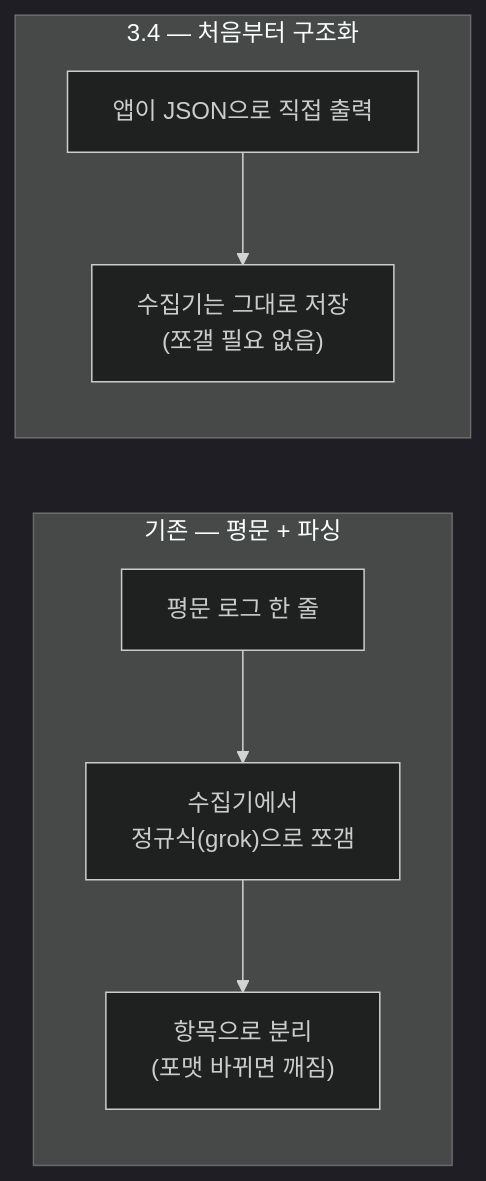
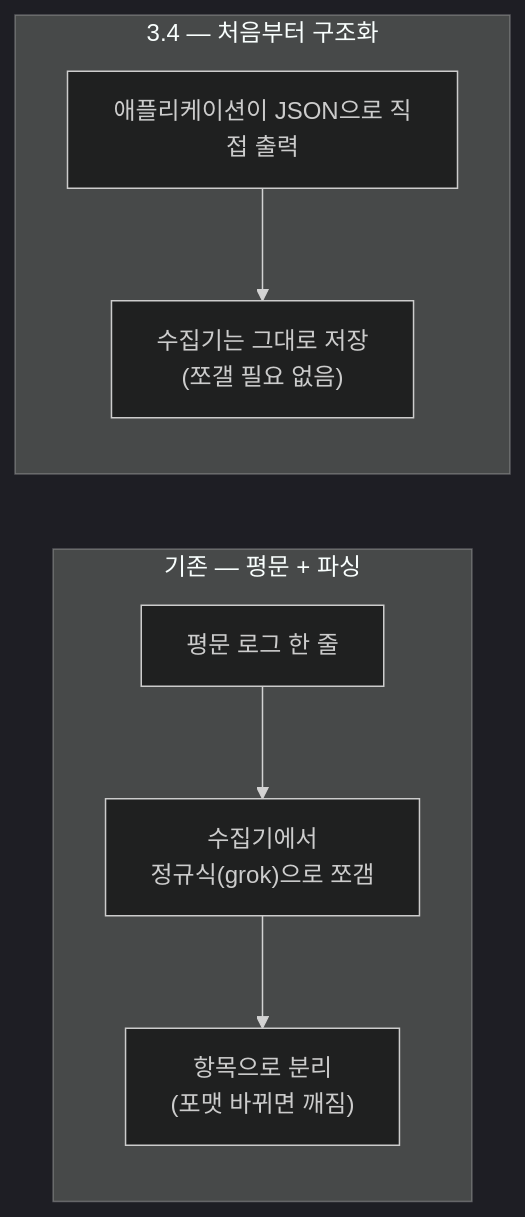
Before and after one commit to johnycho/johny-dev: the diagram in blog/2026-08-05-spring-boot-structured-logging.mdx, drawn with Mermaid (dark theme). The commit also changed other lines of this file and 49 other files, not shown here.

````diff
--- a/blog/2026-08-05-spring-boot-structured-logging.mdx
+++ b/blog/2026-08-05-spring-boot-structured-logging.mdx
@@ -24,9 +24,9 @@
 ```mermaid
 flowchart LR
     subgraph BEFORE["기존 — 평문 + 파싱"]
         A1["평문 로그 한 줄"] --> A2["수집기에서<br/>정규식(grok)으로 쪼갬"] --> A3["항목으로 분리<br/>(포맷 바뀌면 깨짐)"]
     end
     subgraph AFTER["3.4 — 처음부터 구조화"]
-        B1["앱이 JSON으로 직접 출력"] --> B2["수집기는 그대로 저장<br/>(쪼갤 필요 없음)"]
+        B1["애플리케이션이 JSON으로 직접 출력"] --> B2["수집기는 그대로 저장<br/>(쪼갤 필요 없음)"]
     end
 ```
````
